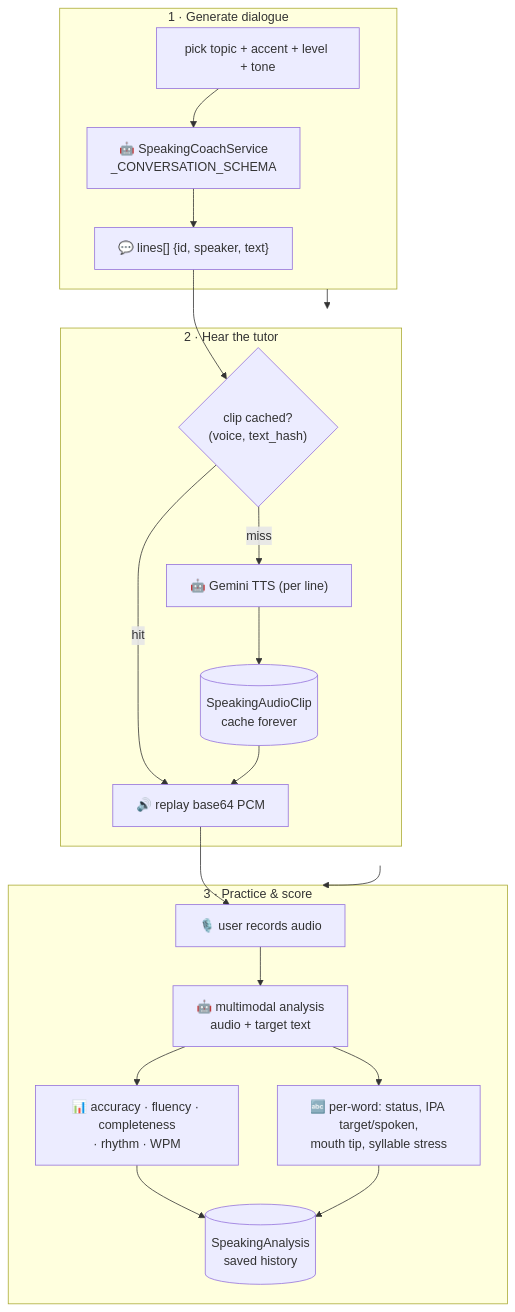
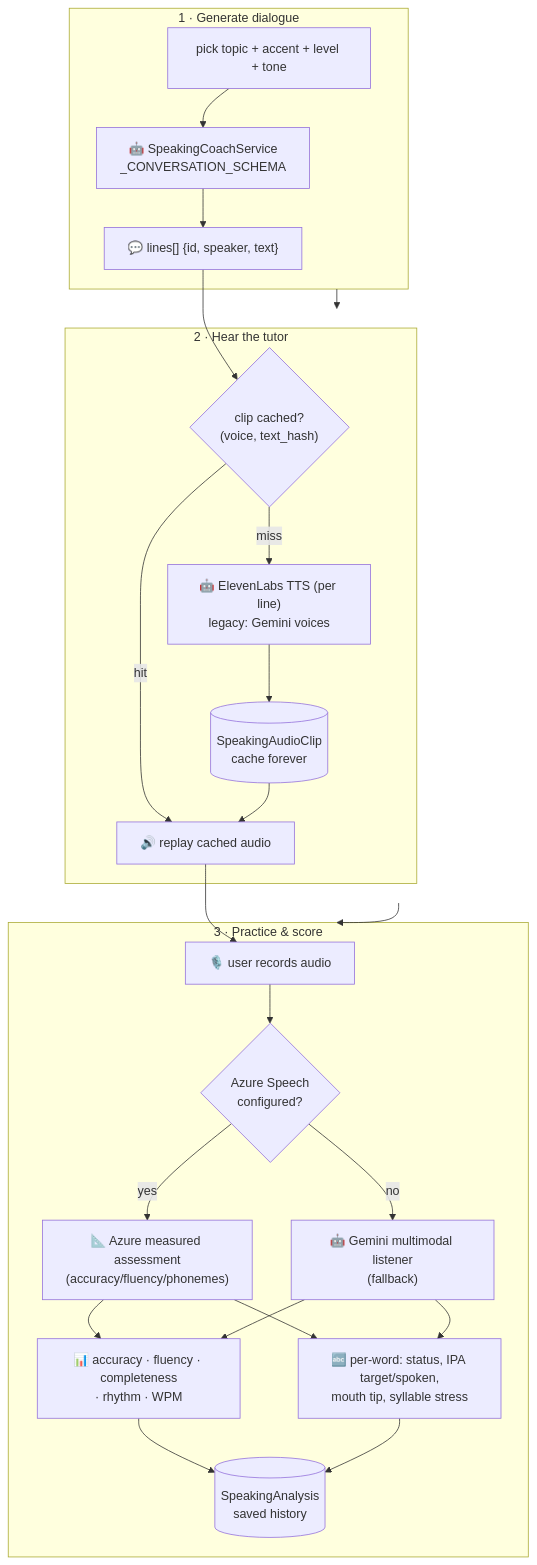
One commit to ngovandong/flashlearn changed diagram 12 of 18 in ARCHITECTURE.md. Above: the diagram before and after it, drawn with Mermaid. The commit also changed other lines of this file and 72 other files, not shown here.

````diff
--- a/ARCHITECTURE.md
+++ b/ARCHITECTURE.md
@@ -575,26 +640,30 @@
 ```mermaid
 flowchart TB
     subgraph gen["1 · Generate dialogue"]
         Topic["pick topic + accent + level + tone"] --> GenAI["🤖 SpeakingCoachService<br/>_CONVERSATION_SCHEMA"]
         GenAI --> Lines["💬 lines[] {id, speaker, text}"]
     end
 
     subgraph tts["2 · Hear the tutor"]
         Lines --> Clip{"clip cached?<br/>(voice, text_hash)"}
-        Clip -->|hit| Play["🔊 replay base64 PCM"]
-        Clip -->|miss| Synth["🤖 Gemini TTS (per line)"]
+        Clip -->|hit| Play["🔊 replay cached audio"]
+        Clip -->|miss| Synth["🤖 ElevenLabs TTS (per line)<br/>legacy: Gemini voices"]
         Synth --> Store[("SpeakingAudioClip<br/>cache forever")]
         Store --> Play
     end
 
     subgraph rec["3 · Practice & score"]
         Play --> Rec["🎙️ user records audio"]
-        Rec --> Analyze["🤖 multimodal analysis<br/>audio + target text"]
-        Analyze --> Scores["📊 accuracy · fluency · completeness<br/>· rhythm · WPM"]
-        Analyze --> Words["🔤 per-word: status, IPA target/spoken,<br/>mouth tip, syllable stress"]
+        Rec --> Assess{"Azure Speech<br/>configured?"}
+        Assess -->|yes| Azure["📐 Azure measured assessment<br/>(accuracy/fluency/phonemes)"]
+        Assess -->|no| Listen["🤖 Gemini multimodal listener<br/>(fallback)"]
+        Azure --> Scores["📊 accuracy · fluency · completeness<br/>· rhythm · WPM"]
+        Listen --> Scores
+        Azure --> Words["🔤 per-word: status, IPA target/spoken,<br/>mouth tip, syllable stress"]
+        Listen --> Words
         Scores --> Hist[("SpeakingAnalysis<br/>saved history")]
         Words --> Hist
     end
 
     gen --> tts --> rec
 ```
````
